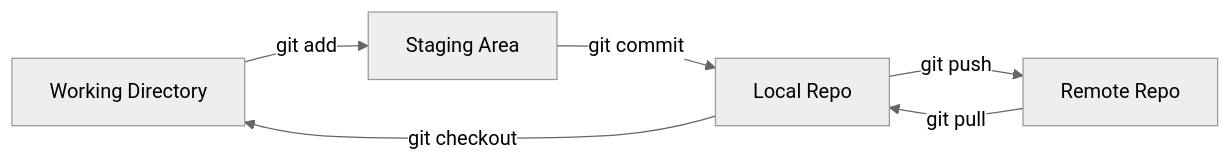
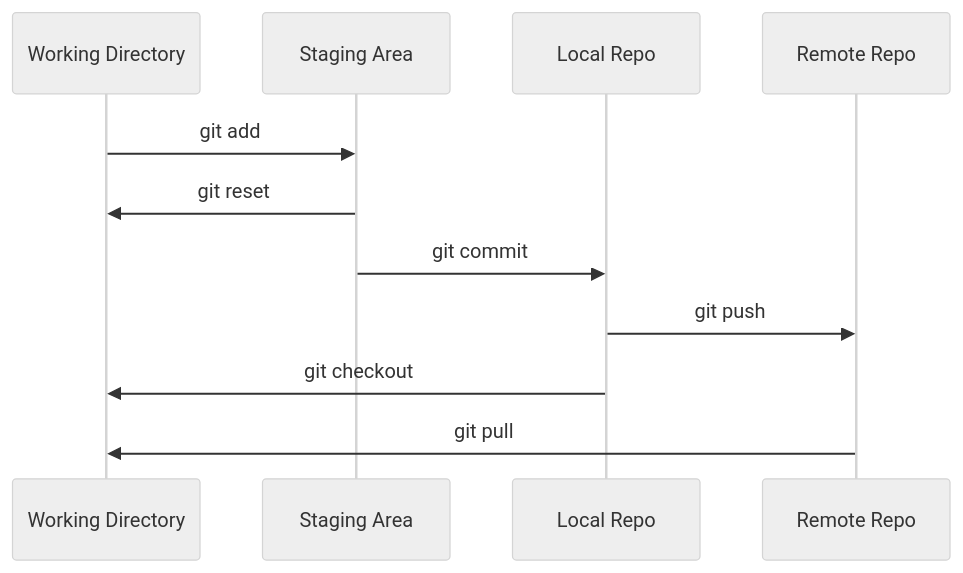
Before and after one commit to Faiisu/myMarkDown: the diagram in HOW_TO_GITHUB.md, drawn with Mermaid (neutral theme).

Commit message:
update htg

````diff
--- a/HOW_TO_GITHUB.md
+++ b/HOW_TO_GITHUB.md
@@ -82,12 +82,9 @@
 ```mermaid
-graph LR
-    A[Working Directory] -->|git add| B[Staging Area]
-
-    B -->|git commit| C[Local Repo]
-
-    C -->|git push| D[Remote Repo]
-
-    D -->|git pull| C
-
-    C -->|git checkout| A
+sequenceDiagram
+	Working Directory ->> Staging Area:git add
+	Staging Area ->> Working Directory:git reset
+	Staging Area ->> Local Repo: git commit
+	Local Repo ->> Remote Repo: git push
+	Local Repo ->> Working Directory: git checkout
+	Remote Repo ->> Working Directory: git pull
 ```
````
